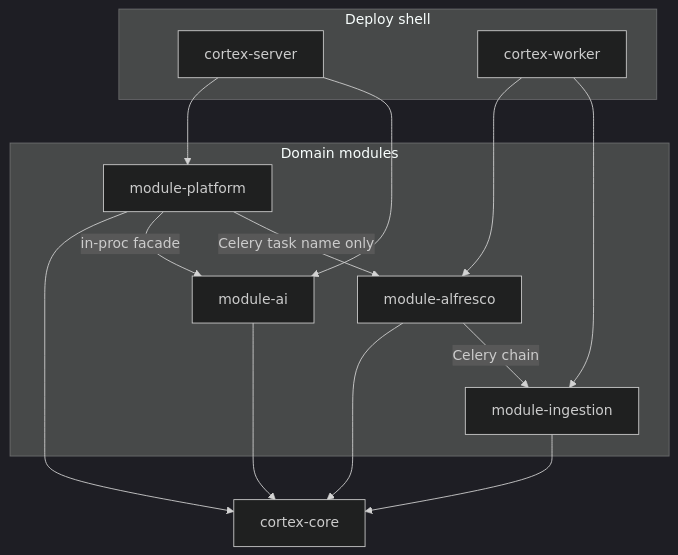
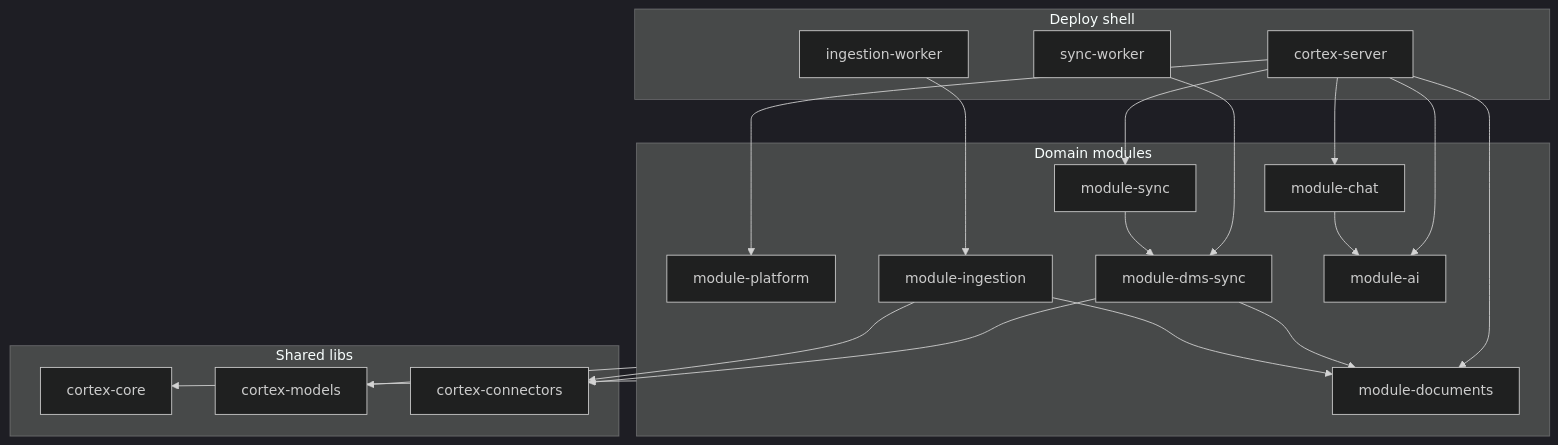
The diagram in MODULE-BOUNDARIES.md (MilosVu/arhitektura-monolit), drawn with Mermaid (dark theme) before and after one commit. The commit also changed other lines of this file and 233 other files, not shown here.

````diff
--- a/MODULE-BOUNDARIES.md
+++ b/MODULE-BOUNDARIES.md
@@ -7,28 +9,42 @@
 ```mermaid
 flowchart TB
   subgraph apps [Deploy shell]
     Server[cortex-server]
-    Worker[cortex-worker]
+    SyncWorker[sync-worker]
+    IngestWorker[ingestion-worker]
   end
 
   subgraph modules [Domain modules]
     Platform[module-platform]
-    Alfresco[module-alfresco]
+    Documents[module-documents]
+    Chat[module-chat]
+    SyncMod[module-sync]
+    DmsSync[module-dms-sync]
     Ingestion[module-ingestion]
     AI[module-ai]
   end
 
-  Core[cortex-core]
+  subgraph libs [Shared libs]
+    Core[cortex-core]
+    Models[cortex-models]
+    Connectors[cortex-connectors]
+  end
 
   Server --> Platform
+  Server --> Documents
+  Server --> Chat
+  Server --> SyncMod
   Server --> AI
-  Worker --> Alfresco
-  Worker --> Ingestion
-  Platform --> Core
-  Alfresco --> Core
-  Ingestion --> Core
-  AI --> Core
-  Platform -->|"in-proc facade"| AI
-  Platform -->|"Celery task name only"| Alfresco
-  Alfresco -->|"Celery chain"| Ingestion
+  SyncWorker --> DmsSync
+  IngestWorker --> Ingestion
+
+  SyncMod --> DmsSync
+  DmsSync --> Documents
+  Ingestion --> Documents
+  Chat --> AI
+
+  modules --> Core
+  modules --> Models
+  DmsSync --> Connectors
+  Ingestion --> Connectors
 ```
````
